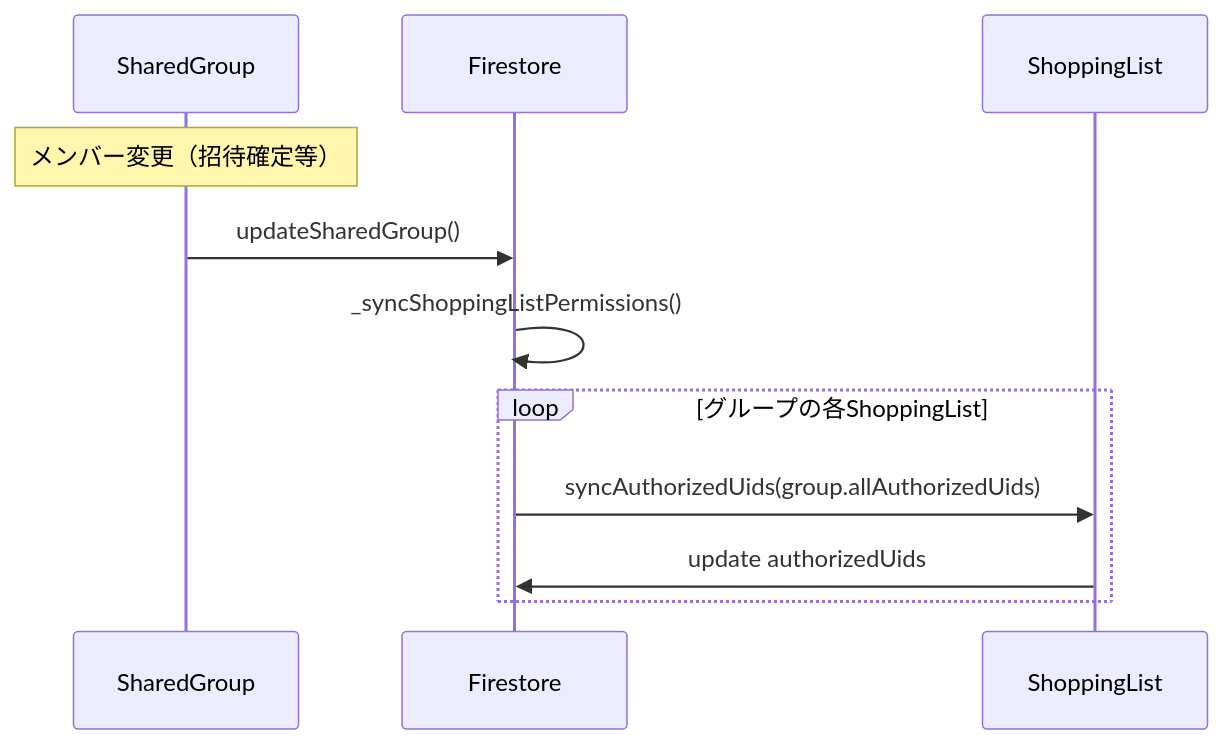
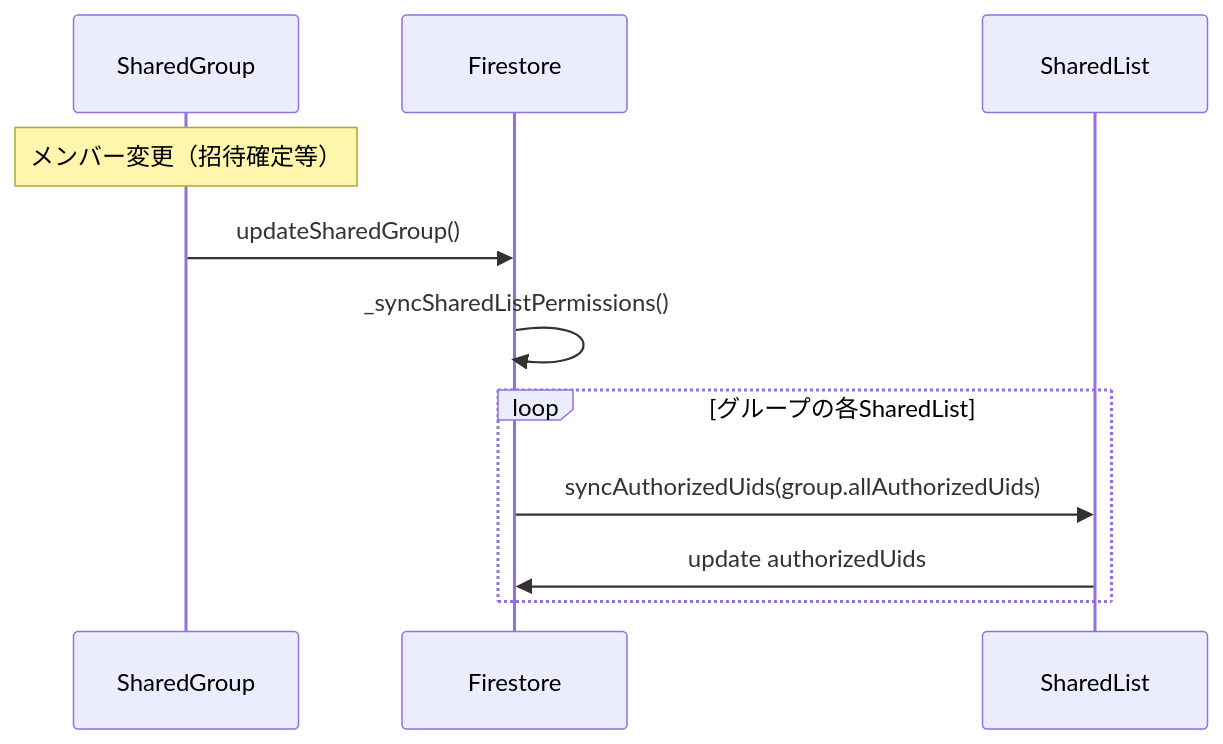
Before and after one commit to maya27AokiSawada/go_shop: the third of 3 diagrams in docs/firestore_architecture.md, drawn with Mermaid. The commit also changed other lines of this file and 110 other files, not shown here.

````diff
--- a/docs/firestore_architecture.md
+++ b/docs/firestore_architecture.md
@@ -105,14 +105,14 @@
 ```mermaid
 sequenceDiagram
     participant G as SharedGroup
     participant F as Firestore
-    participant S as ShoppingList
+    participant S as SharedList
     
     Note over G: メンバー変更（招待確定等）
     G->>F: updateSharedGroup()
-    F->>F: _syncShoppingListPermissions()
-    loop グループの各ShoppingList
+    F->>F: _syncSharedListPermissions()
+    loop グループの各SharedList
         F->>S: syncAuthorizedUids(group.allAuthorizedUids)
         S->>F: update authorizedUids
     end
 ```
````
